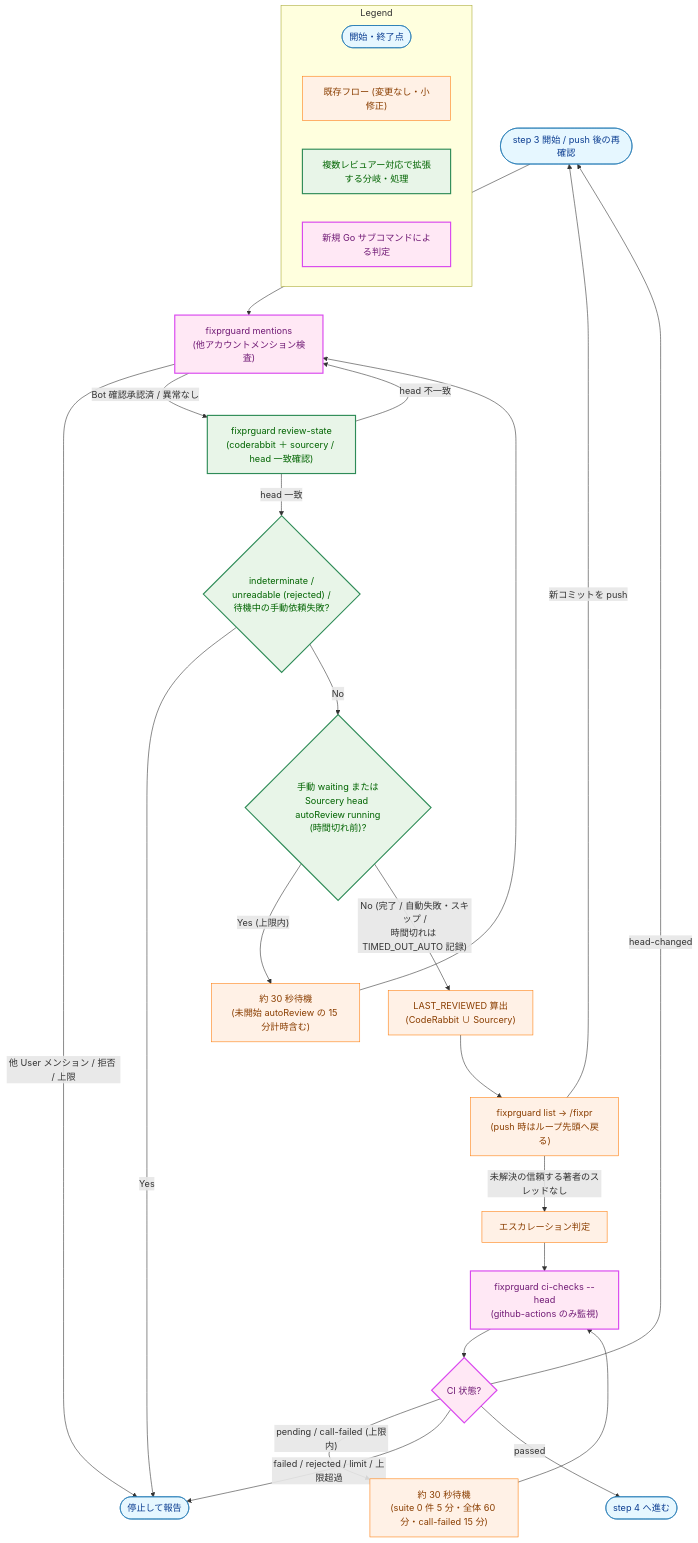
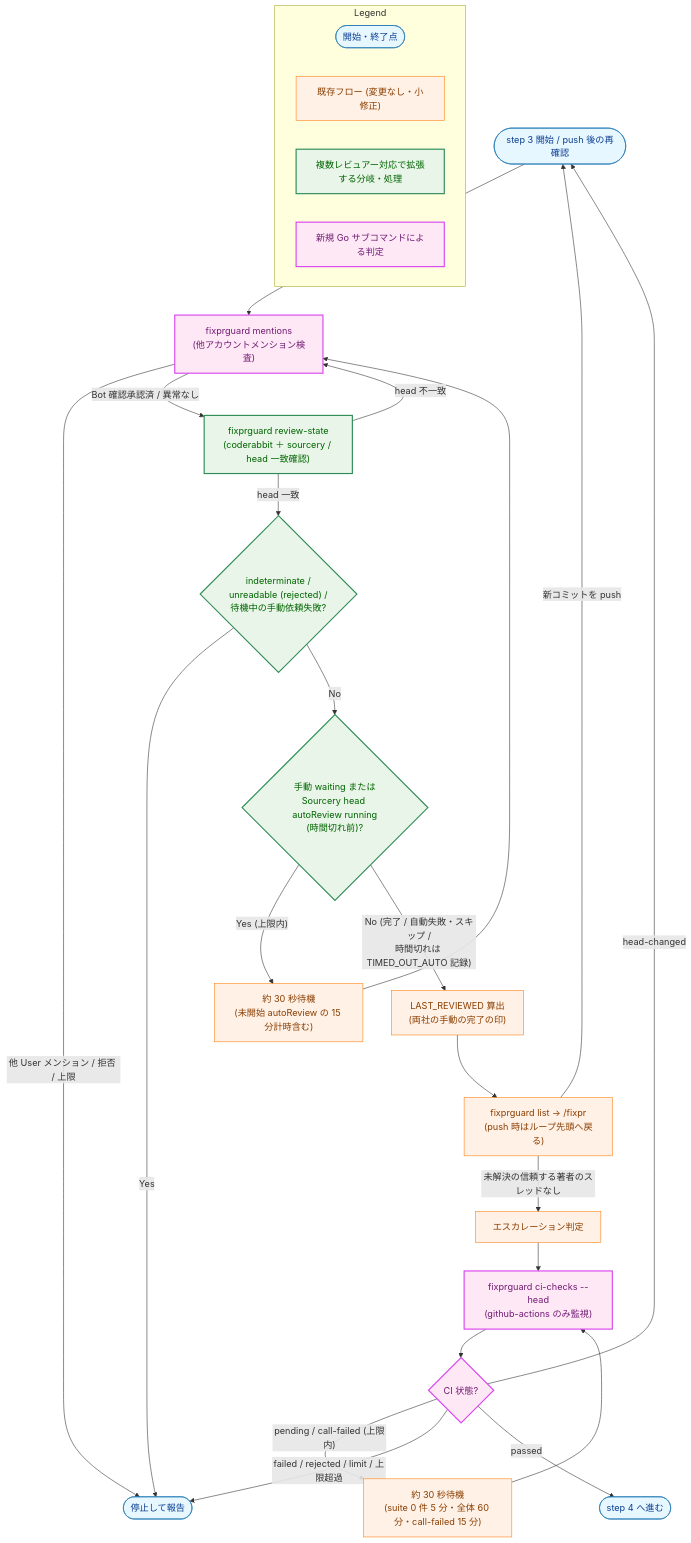
The fifth of 6 diagrams in docs/tasks/0122_sourcery_trusted_reviewer/02_architecture.md (isseis/yt2column), drawn with Mermaid before and after one commit. The commit also changed other lines of this file and 6 other files, not shown here.

First line of the commit message:
docs(0122): stop counting automatic Sourcery reviews in LAST_REVIEWED (#1158)

````diff
--- a/docs/tasks/0122_sourcery_trusted_reviewer/02_architecture.md
+++ b/docs/tasks/0122_sourcery_trusted_reviewer/02_architecture.md
@@ -874,59 +889,59 @@
 ```mermaid
 flowchart TD
     classDef endpoint fill:#e6f7ff,stroke:#1f77b4,stroke-width:1px,color:#0b3d91;
     classDef process fill:#fff1e6,stroke:#ff7f0e,stroke-width:1px,color:#8a3e00;
     classDef enhanced fill:#e8f5e8,stroke:#2e8b57,stroke-width:2px,color:#006400;
     classDef newpkg fill:#ffe8f5,stroke:#d946ef,stroke-width:2px,color:#701a75;
 
     START(["step 3 開始 / push 後の再確認"])
     MN["fixprguard mentions<br>(他アカウントメンション検査)"]
     RS["fixprguard review-state<br>(coderabbit ＋ sourcery / head 一致確認)"]
     CHK_ERR{"indeterminate /<br>unreadable (rejected) /<br>待機中の手動依頼失敗?"}
     STOP(["停止して報告"])
     CHK_WAIT{"手動 waiting または<br>Sourcery head autoReview running<br>(時間切れ前)?"}
     SLEEP["約 30 秒待機<br>(未開始 autoReview の 15 分計時含む)"]
-    LR["LAST_REVIEWED 算出<br>(CodeRabbit ∪ Sourcery)"]
+    LR["LAST_REVIEWED 算出<br>(両社の手動の完了の印)"]
     THREADS["fixprguard list → /fixpr<br>(push 時はループ先頭へ戻る)"]
     ESC["エスカレーション判定"]
     CI["fixprguard ci-checks --head<br>(github-actions のみ監視)"]
     CI_OK{"CI 状態?"}
     CI_SLEEP["約 30 秒待機<br>(suite 0 件 5 分・全体 60 分・call-failed 15 分)"]
     STEP4(["step 4 へ進む"])
 
     START --> MN
     MN -->|"他 User メンション / 拒否 / 上限"| STOP
     MN -->|"Bot 確認承認済 / 異常なし"| RS
     RS -->|"head 不一致"| MN
     RS -->|"head 一致"| CHK_ERR
     CHK_ERR -->|"Yes"| STOP
     CHK_ERR -->|"No"| CHK_WAIT
     CHK_WAIT -->|"Yes (上限内)"| SLEEP
     SLEEP --> MN
     CHK_WAIT -->|"No (完了 / 自動失敗・スキップ /<br>時間切れは TIMED_OUT_AUTO 記録)"| LR
     LR --> THREADS
     THREADS -->|"新コミットを push"| START
     THREADS -->|"未解決の信頼する著者のスレッドなし"| ESC
     ESC --> CI
     CI --> CI_OK
     CI_OK -->|"pending / call-failed (上限内)"| CI_SLEEP
     CI_SLEEP --> CI
     CI_OK -->|"head-changed"| START
     CI_OK -->|"failed / rejected / limit / 上限超過"| STOP
     CI_OK -->|"passed"| STEP4
 
     class START,STOP,STEP4 endpoint
     class LR,THREADS,ESC,SLEEP,CI_SLEEP process
     class RS,CHK_ERR,CHK_WAIT enhanced
     class MN,CI,CI_OK newpkg
 
     subgraph Legend["Legend"]
         L1(["開始・終了点"])
         L2["既存フロー (変更なし・小修正)"]
         L3["複数レビュアー対応で拡張する分岐・処理"]
         L4["新規 Go サブコマンドによる判定"]
     end
     class L1 endpoint
     class L2 process
     class L3 enhanced
     class L4 newpkg
 ```
````
